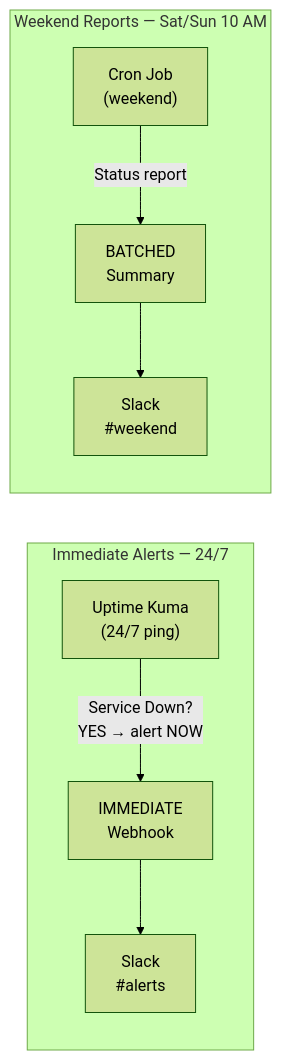
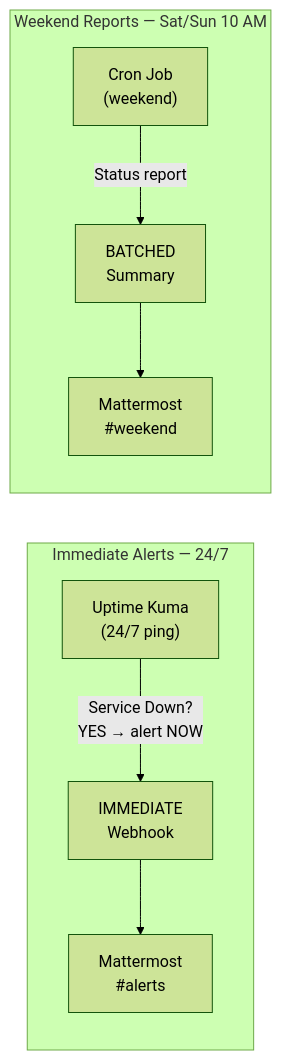
Before and after one commit to Adamo-97/pi_setup: the third of 3 diagrams in pi_command_center/README.md, drawn with Mermaid (forest theme). The commit also changed other lines of this file and 39 other files, not shown here.

````diff
--- a/pi_command_center/README.md
+++ b/pi_command_center/README.md
@@ -92,9 +92,9 @@
 ```mermaid
 flowchart LR
     subgraph immediate["Immediate Alerts — 24/7"]
-        UK["Uptime Kuma\n(24/7 ping)"] -- "Service Down?\nYES → alert NOW" --> IW["IMMEDIATE\nWebhook"] --> SA["Slack\n#alerts"]
+        UK["Uptime Kuma\n(24/7 ping)"] -- "Service Down?\nYES → alert NOW" --> IW["IMMEDIATE\nWebhook"] --> SA["Mattermost\n#alerts"]
     end
     subgraph batched["Weekend Reports — Sat/Sun 10 AM"]
-        CJ["Cron Job\n(weekend)"] -- "Status report" --> BS["BATCHED\nSummary"] --> SW["Slack\n#weekend"]
+        CJ["Cron Job\n(weekend)"] -- "Status report" --> BS["BATCHED\nSummary"] --> SW["Mattermost\n#weekend"]
     end
 ```
````
